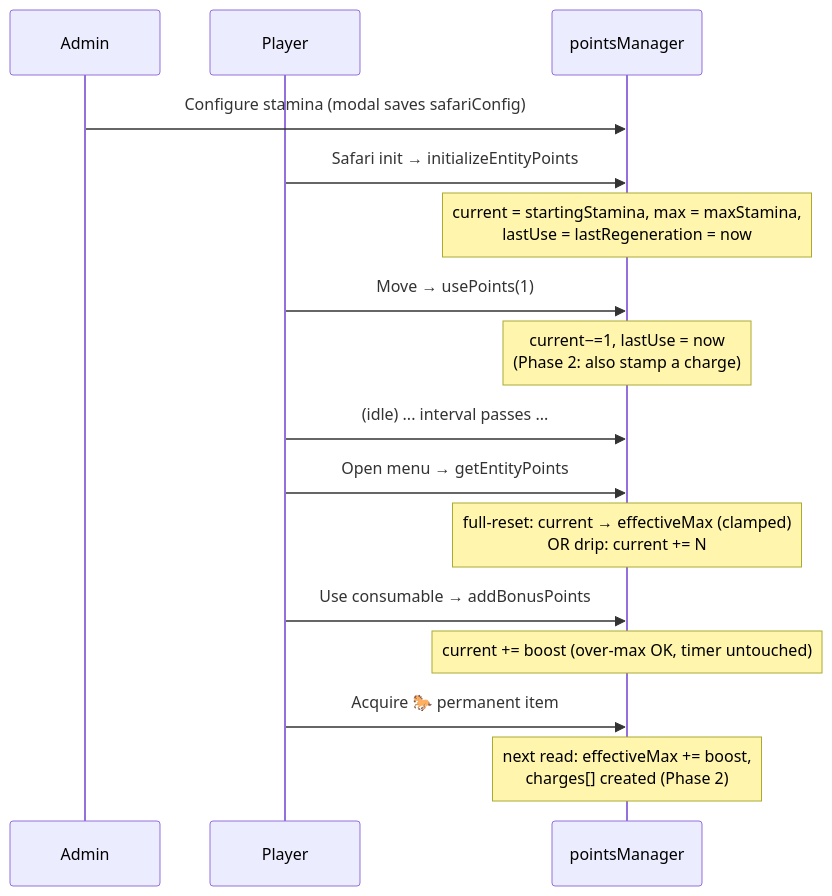
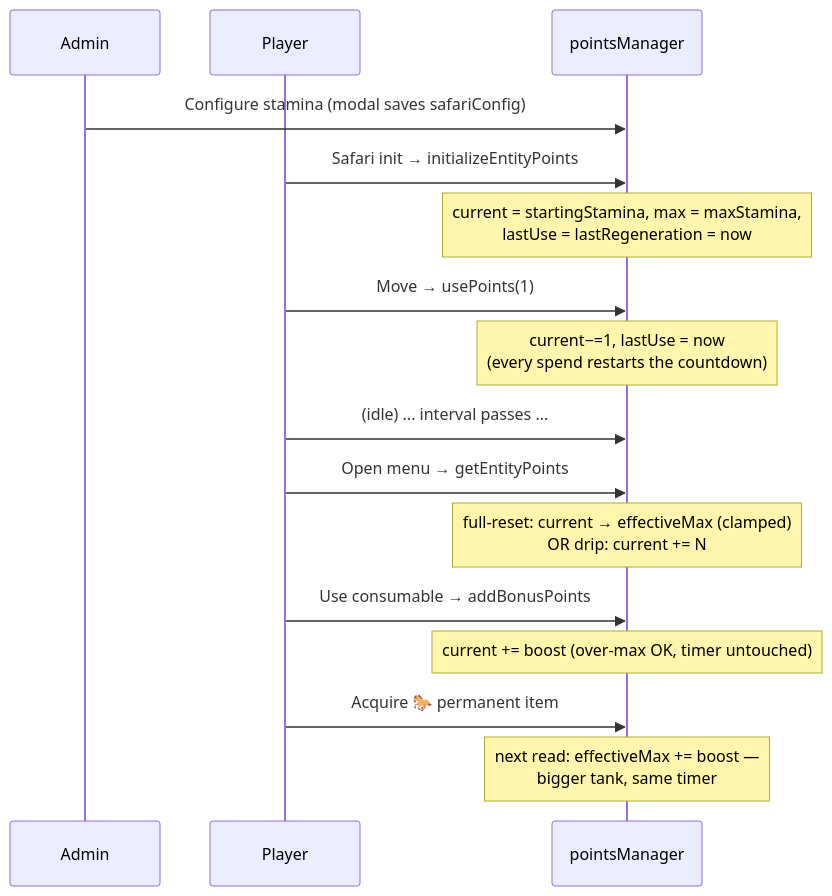
The ninth of 11 diagrams in docs/03-features/StaminaArchitecture.md (extremedonkey/castbot), drawn with Mermaid before and after one commit. The commit also changed other lines of this file and 8 other files, not shown here.

````diff
--- a/docs/03-features/StaminaArchitecture.md
+++ b/docs/03-features/StaminaArchitecture.md
@@ -435,18 +425,18 @@
 ```mermaid
 sequenceDiagram
     participant Admin
     participant Player
     participant PM as pointsManager
     Admin->>PM: Configure stamina (modal saves safariConfig)
     Player->>PM: Safari init → initializeEntityPoints
     Note over PM: current = startingStamina, max = maxStamina,<br/>lastUse = lastRegeneration = now
     Player->>PM: Move → usePoints(1)
-    Note over PM: current−=1, lastUse = now<br/>(Phase 2: also stamp a charge)
+    Note over PM: current−=1, lastUse = now<br/>(every spend restarts the countdown)
     Player->>PM: (idle) ... interval passes ...
     Player->>PM: Open menu → getEntityPoints
     Note over PM: full-reset: current → effectiveMax (clamped)<br/>OR drip: current += N
     Player->>PM: Use consumable → addBonusPoints
     Note over PM: current += boost (over-max OK, timer untouched)
     Player->>PM: Acquire 🐎 permanent item
-    Note over PM: next read: effectiveMax += boost,<br/>charges[] created (Phase 2)
+    Note over PM: next read: effectiveMax += boost —<br/>bigger tank, same timer
 ```
````
